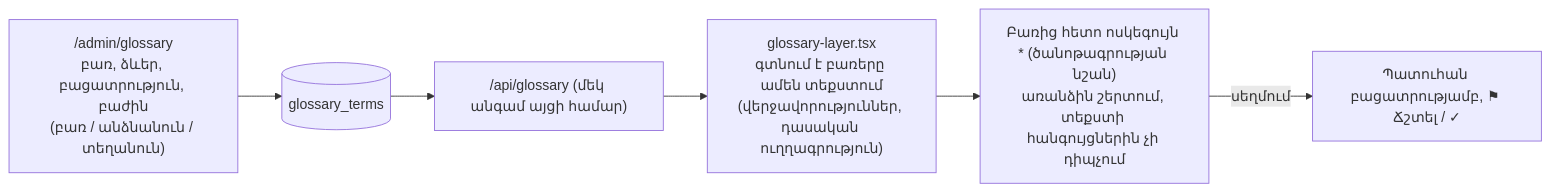
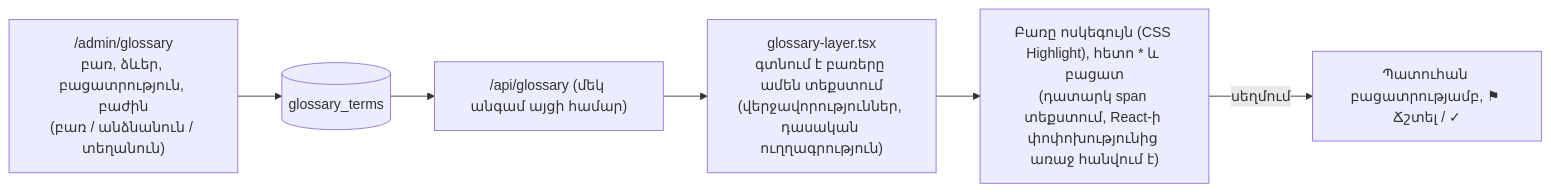
One commit to T0n0yan/armenian-apostolic-digital-library changed diagram 13 of 24 in docs/ARCHITECTURE.md. Above: the diagram before and after it, drawn with Mermaid. The commit also changed 5 other files, not shown here.

First line of the commit message:
Բառարան. ոսկեգույն բառ, աստղանիշից հետո բացատ

````diff
--- a/docs/ARCHITECTURE.md
+++ b/docs/ARCHITECTURE.md
@@ -378,8 +378,8 @@
 ```mermaid
 flowchart LR
   ADM["/admin/glossary<br/>բառ, ձևեր, բացատրություն, բաժին<br/>(բառ / անձնանուն / տեղանուն)"] --> GT[("glossary_terms")]
   GT --> API["/api/glossary (մեկ անգամ այցի համար)"]
   API --> L["glossary-layer.tsx<br/>գտնում է բառերը ամեն տեքստում<br/>(վերջավորություններ, դասական ուղղագրություն)"]
-  L --> HL["Բառից հետո ոսկեգույն * (ծանոթագրության նշան)<br/>առանձին շերտում, տեքստի հանգույցներին չի դիպչում"]
+  L --> HL["Բառը ոսկեգույն (CSS Highlight), հետո * և բացատ<br/>(դատարկ span տեքստում, React-ի փոփոխությունից առաջ հանվում է)"]
   HL -->|"սեղմում"| CARD["Պատուհան բացատրությամբ, ⚑ Ճշտել / ✓"]
 ```
````
